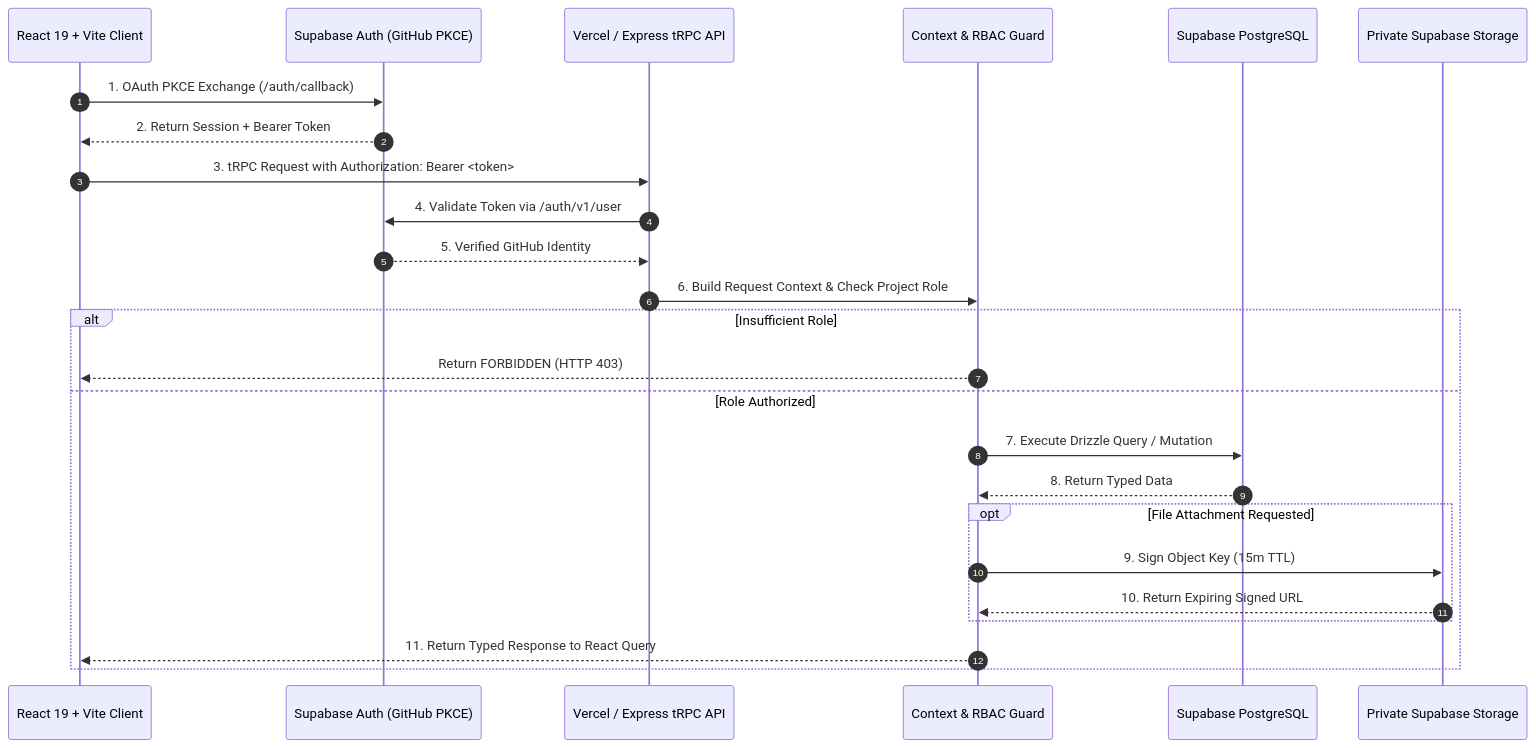
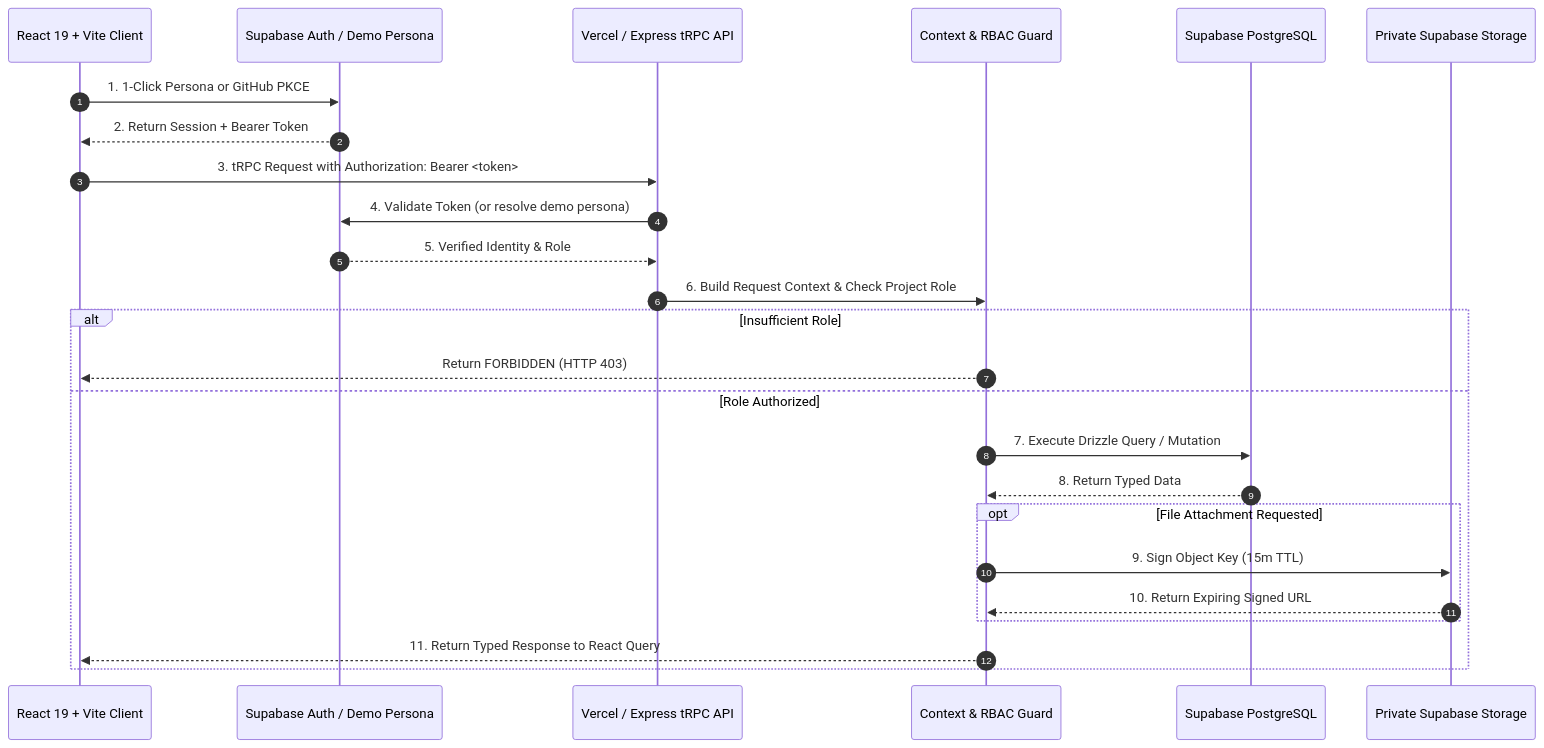
The fifth of 5 diagrams in README.md (Simondavid07/bugforge), drawn with Mermaid before and after one commit. The commit also changed other lines of this file and 15 other files, not shown here.

Commit message:
feat: add 1-click personas, blocker DAG graph, duplicate detection, SCM webhooks, and terminal CLI

````diff
--- a/README.md
+++ b/README.md
@@ -287,28 +334,28 @@
 ```mermaid
 sequenceDiagram
   autonumber
   participant Browser as React 19 + Vite Client
-  participant Auth as Supabase Auth (GitHub PKCE)
+  participant Auth as Supabase Auth / Demo Persona
   participant API as Vercel / Express tRPC API
   participant RBAC as Context & RBAC Guard
   participant DB as Supabase PostgreSQL
   participant Storage as Private Supabase Storage
 
-  Browser->>Auth: 1. OAuth PKCE Exchange (/auth/callback)
+  Browser->>Auth: 1. 1-Click Persona or GitHub PKCE
   Auth-->>Browser: 2. Return Session + Bearer Token
   Browser->>API: 3. tRPC Request with Authorization: Bearer <token>
-  API->>Auth: 4. Validate Token via /auth/v1/user
-  Auth-->>API: 5. Verified GitHub Identity
+  API->>Auth: 4. Validate Token (or resolve demo persona)
+  Auth-->>API: 5. Verified Identity & Role
   API->>RBAC: 6. Build Request Context & Check Project Role
   alt Insufficient Role
     RBAC-->>Browser: Return FORBIDDEN (HTTP 403)
   else Role Authorized
     RBAC->>DB: 7. Execute Drizzle Query / Mutation
     DB-->>RBAC: 8. Return Typed Data
     opt File Attachment Requested
       RBAC->>Storage: 9. Sign Object Key (15m TTL)
       Storage-->>RBAC: 10. Return Expiring Signed URL
     end
     RBAC-->>Browser: 11. Return Typed Response to React Query
   end
 ```
````
